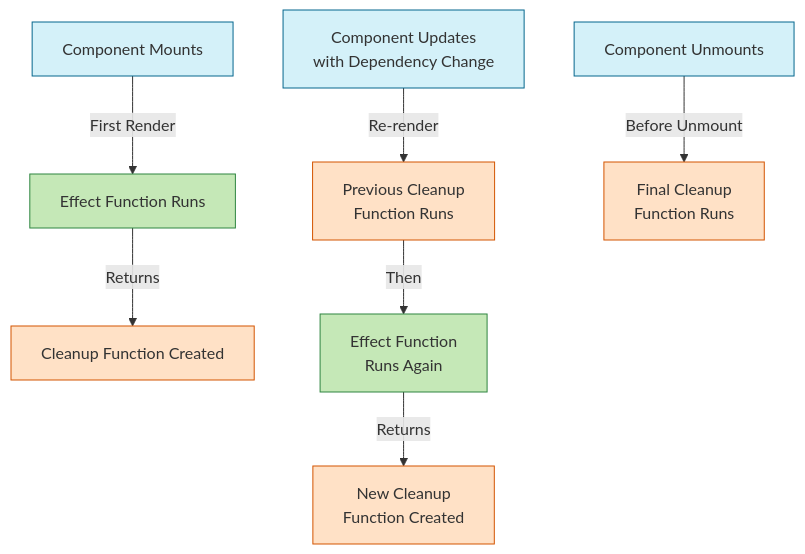
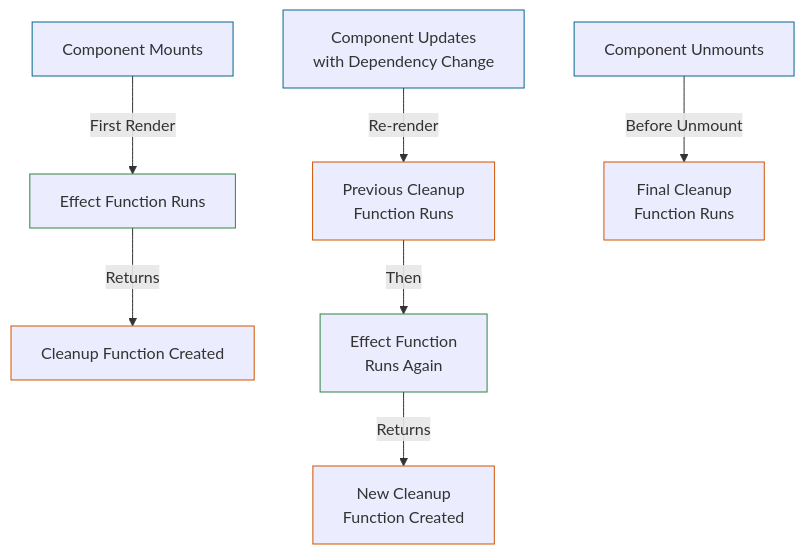
Before and after one commit to kmgrocker/React-Notes: the first of 2 diagrams in Notes/useEffect-cleanup-lifecyle.md, drawn with Mermaid. The commit also changed other lines of this file and 61 other files, not shown here.

````diff
--- a/Notes/useEffect-cleanup-lifecyle.md
+++ b/Notes/useEffect-cleanup-lifecyle.md
@@ -4,22 +4,22 @@
 ```mermaid
 flowchart TD
     MountA[Component Mounts] -->|First Render| EffectA[Effect Function Runs]
     EffectA -->|Returns| CleanupA[Cleanup Function Created]
     
     UpdateA[Component Updates\nwith Dependency Change] -->|Re-render| CleanupB[Previous Cleanup\nFunction Runs]
     CleanupB -->|Then| EffectB[Effect Function\nRuns Again]
     EffectB -->|Returns| CleanupC[New Cleanup\nFunction Created]
     
     UnmountA[Component Unmounts] -->|Before Unmount| CleanupD[Final Cleanup\nFunction Runs]
     
-    style MountA fill:#d4f1f9,stroke:#05668d
-    style UpdateA fill:#d4f1f9,stroke:#05668d
-    style UnmountA fill:#d4f1f9,stroke:#05668d
-    style EffectA fill:#c5e8b7,stroke:#2e8540
-    style EffectB fill:#c5e8b7,stroke:#2e8540
-    style CleanupA fill:#ffe1c6,stroke:#d35400
-    style CleanupB fill:#ffe1c6,stroke:#d35400
-    style CleanupC fill:#ffe1c6,stroke:#d35400
-    style CleanupD fill:#ffe1c6,stroke:#d35400
+    style MountA fill:#d4f1f,stroke:#05668d
+    style UpdateA fill:#d4f1f,stroke:#05668d
+    style UnmountA fill:#d4f1f,stroke:#05668d
+    style EffectA fill:#c5e8b,stroke:#2e8540
+    style EffectB fill:#c5e8b,stroke:#2e8540
+    style CleanupA fill:#ffe1c,stroke:#d35400
+    style CleanupB fill:#ffe1c,stroke:#d35400
+    style CleanupC fill:#ffe1c,stroke:#d35400
+    style CleanupD fill:#ffe1c,stroke:#d35400
 
 ```
````
